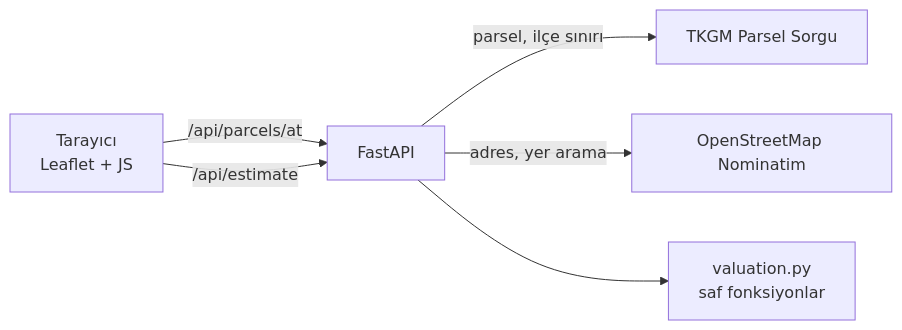
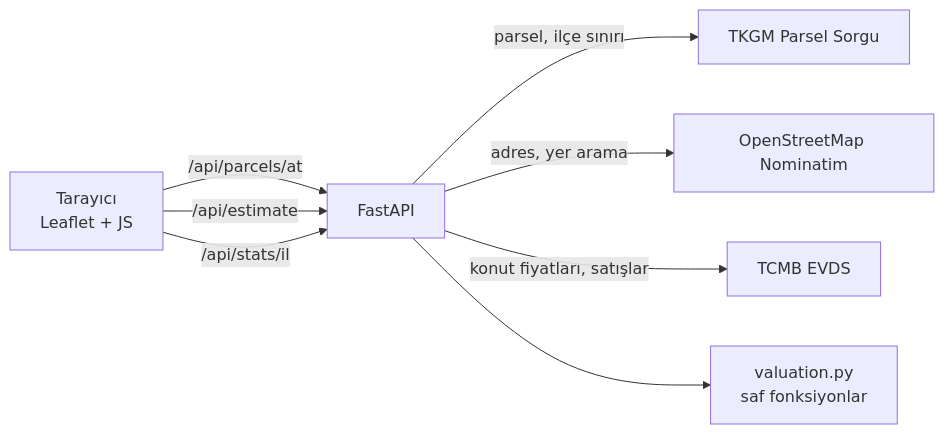
Before and after one commit to kayaal34/degerix: the diagram in README.md, drawn with Mermaid. The commit also changed other lines of this file and 7 other files, not shown here.

First line of the commit message:
TCMB EVDS ile bölge analizi

````diff
--- a/README.md
+++ b/README.md
@@ -25,8 +26,10 @@
 ```mermaid
 flowchart LR
     UI["Tarayıcı<br/>Leaflet + JS"] -->|/api/parcels/at| API["FastAPI"]
     UI -->|/api/estimate| API
+    UI -->|/api/stats/il| API
     API -->|parsel, ilçe sınırı| TKGM["TKGM Parsel Sorgu"]
     API -->|adres, yer arama| OSM["OpenStreetMap Nominatim"]
+    API -->|konut fiyatları, satışlar| EVDS["TCMB EVDS"]
     API --> MODEL["valuation.py<br/>saf fonksiyonlar"]
 ```
````
